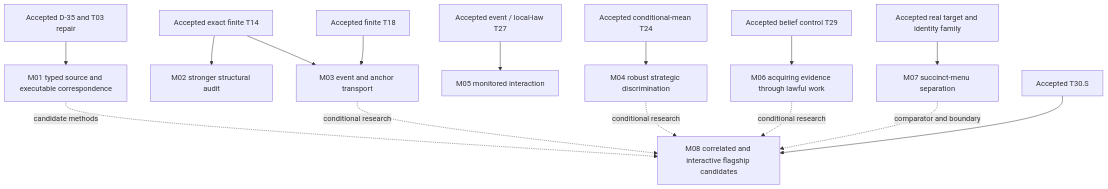
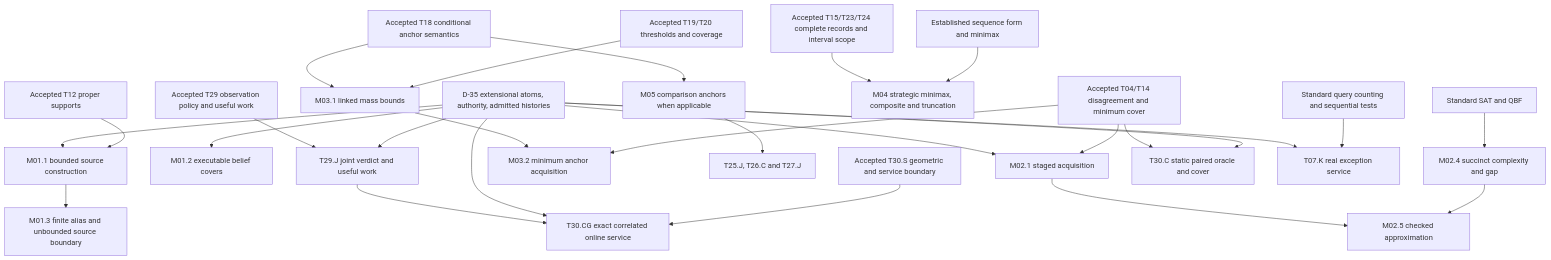
Before and after one commit to Perceptive-Closure/PC-X: the diagram in THEORY-GENERALIZATION/MATHEMATICAL-DEPENDENCIES.md, drawn with Mermaid. The commit also changed other lines of this file and 49 other files, not shown here.

Commit message:
Accept verified generalizations and publish the correlated online flagship

````diff
--- a/THEORY-GENERALIZATION/MATHEMATICAL-DEPENDENCIES.md
+++ b/THEORY-GENERALIZATION/MATHEMATICAL-DEPENDENCIES.md
@@ -5,17 +5,29 @@
 ```mermaid
 graph TD
- D["Accepted D-35 and T03 repair"] --> S["M01 typed source and executable correspondence"]
- T14["Accepted exact finite T14"] --> U["M02 stronger structural audit"]
- T18["Accepted finite T18"] --> X["M03 event and anchor transport"]
- T14 --> X
- T24["Accepted conditional-mean T24"] --> A["M04 robust strategic discrimination"]
- T27["Accepted event / local-law T27"] --> M["M05 monitored interaction"]
- T29["Accepted belief control T29"] --> G["M06 acquiring evidence through lawful work"]
- T07["Accepted real target and identity family"] --> Q["M07 succinct-menu separation"]
- T30["Accepted T30.S"] --> C["M08 correlated and interactive flagship candidates"]
- S -. candidate methods .-> C
- X -. conditional research .-> C
- A -. conditional research .-> C
- G -. conditional research .-> C
- Q -. comparator and boundary .-> C
+ D["D-35 extensional atoms, authority, admitted histories"] --> A["M01.1 bounded source construction"]
+ D --> B["M01.2 executable belief covers"]
+ A --> Q["M01.3 finite alias and unbounded source boundary"]
+ T12["Accepted T12 proper supports"] --> A
+ D --> F["M02.1 staged acquisition"]
+ T04["Accepted T04/T14 disagreement and minimum cover"] --> F
+ F --> F5["M02.5 checked approximation"]
+ H["Standard SAT and QBF"] --> F4["M02.4 succinct complexity and gap"]
+ F4 --> F5
+ T18["Accepted T18 conditional anchor semantics"] --> E["M03.1 linked mass bounds"]
+ T20["Accepted T19/T20 thresholds and coverage"] --> E
+ E --> G["M03.2 minimum anchor acquisition"]
+ T04 --> G
+ T24["Accepted T15/T23/T24 complete records and interval scope"] --> K["M04 strategic minimax, composite and truncation"]
+ SG["Established sequence form and minimax"] --> K
+ T18 --> M["M05 comparison anchors when applicable"]
+ M --> N["T25.J, T26.C and T27.J"]
+ T29["Accepted T29 observation policy and useful work"] --> J["T29.J joint verdict and useful work"]
+ D --> J
+ J --> C["T30.CG exact correlated online service"]
+ D --> C
+ S["Accepted T30.S geometric and service boundary"] --> C
+ T04 --> P["T30.C static paired oracle and cover"]
+ D --> P
+ D --> O["T07.K real exception service"]
+ R["Standard query counting and sequential tests"] --> O
 ```
````
